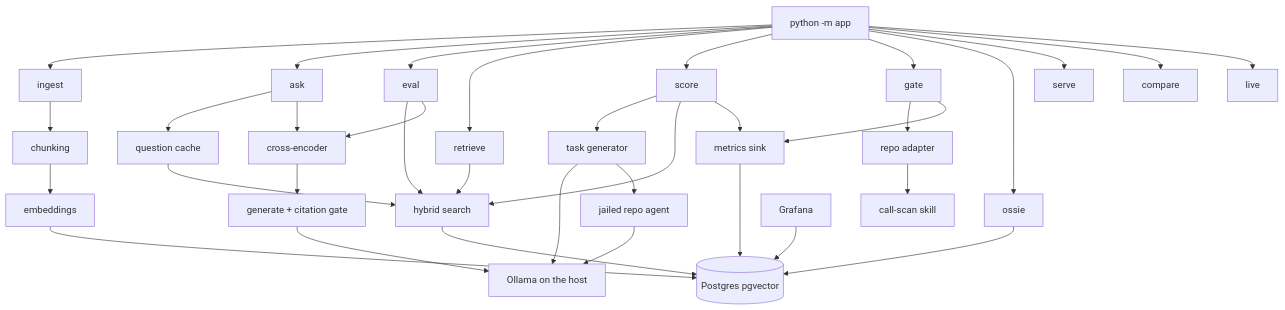
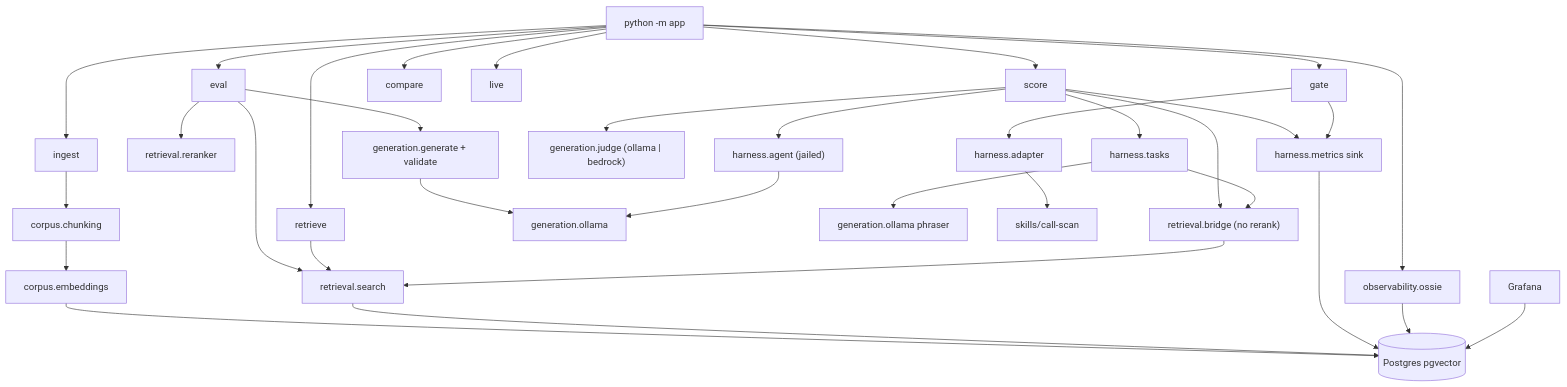
One commit to kenmann01/minirag changed the diagram in ARCHITECTURE.md. Above: the diagram before and after it, drawn with Mermaid. The commit also changed other lines of this file and 118 other files, not shown here.

````diff
--- a/ARCHITECTURE.md
+++ b/ARCHITECTURE.md
@@ -7,40 +10,39 @@
 ```mermaid
 flowchart TD
   cli["python -m app"] --> ingest
-  cli --> ask
   cli --> eval
   cli --> retrieve
   cli --> score
   cli --> gate
   cli --> ossie
-  cli --> serve
   cli --> compare
   cli --> live
 
-  ingest["ingest"] --> chunk["chunking"]
-  chunk --> embed["embeddings"]
+  ingest["ingest"] --> chunk["corpus.chunking"]
+  chunk --> embed["corpus.embeddings"]
   embed --> pg[("Postgres pgvector")]
 
-  ask --> cache["question cache"]
-  cache --> search["hybrid search"]
-  eval --> search
+  eval --> search["retrieval.search"]
   retrieve --> search
+  eval --> rerank["retrieval.reranker"]
+  score --> bridge["retrieval.bridge (no rerank)"]
+  bridge --> search
   search --> pg
-  ask --> rerank["cross-encoder"]
-  eval --> rerank
-  rerank --> gen["generate + citation gate"]
-  gen --> ollama["Ollama on the host"]
 
-  score --> tasks["task generator"]
-  tasks --> ollama
-  tasks --> agent["jailed repo agent"]
+  eval --> gen["generation.generate + validate"]
+  gen --> ollama["generation.ollama"]
+
+  score --> tasks["harness.tasks"]
+  tasks --> phraser["generation.ollama phraser"]
+  tasks --> bridge
+  score --> agent["harness.agent (jailed)"]
   agent --> ollama
-  score --> search
-  score --> metrics["metrics sink"]
-  gate --> adapter["repo adapter"]
-  adapter --> callScan["call-scan skill"]
+  score --> judge["generation.judge (ollama | bedrock)"]
+  score --> metrics["harness.metrics sink"]
+  gate --> adapter["harness.adapter"]
+  adapter --> callScan["skills/call-scan"]
   gate --> metrics
   metrics --> pg
-  ossie --> pg
+  ossie["observability.ossie"] --> pg
   grafana["Grafana"] --> pg
 ```
````
